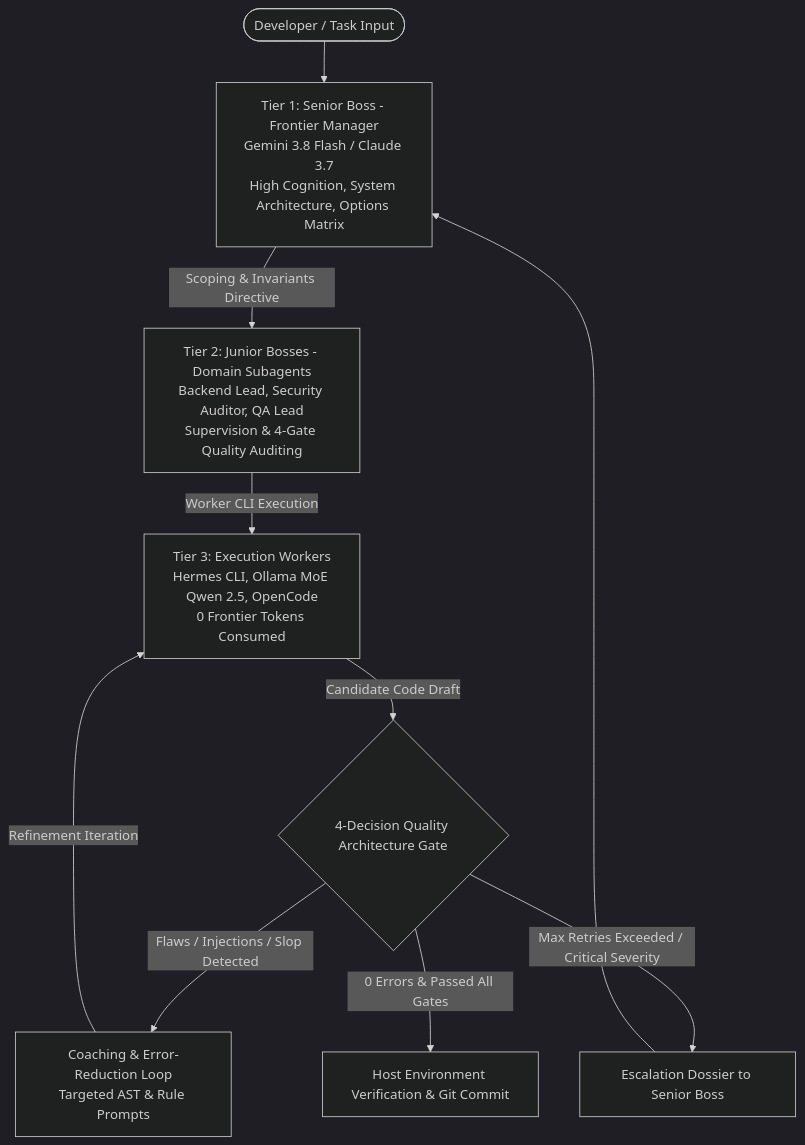
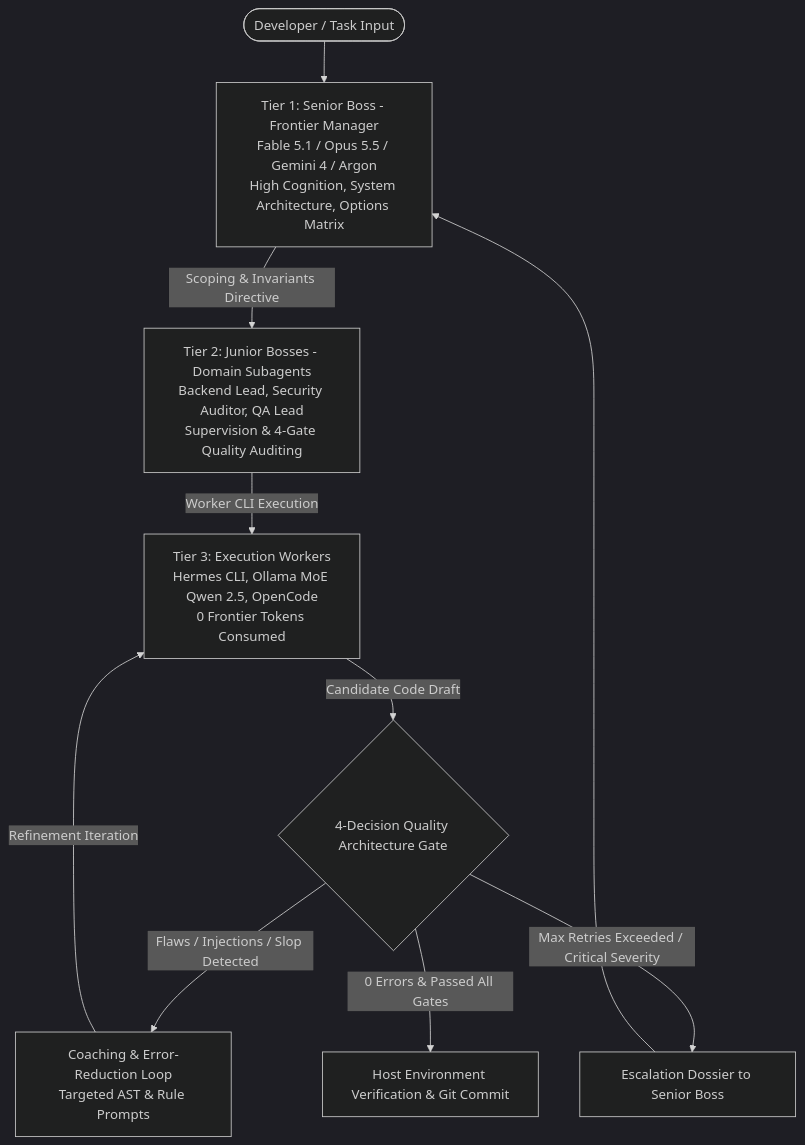
Before and after one commit to PG300604/aegis-brain: the second of 6 diagrams in docs/BENCHMARKS.md, drawn with Mermaid (dark theme). The commit also changed other lines of this file and 11 other files, not shown here.

````diff
--- a/docs/BENCHMARKS.md
+++ b/docs/BENCHMARKS.md
@@ -37,18 +37,18 @@
 ```mermaid
 flowchart TD
-    User([Developer / Task Input]) --> T1[Tier 1: Senior Boss - Frontier Manager<br/>Gemini 3.8 Flash / Claude 3.7<br/>High Cognition, System Architecture, Options Matrix]
+    User([Developer / Task Input]) --> T1[Tier 1: Senior Boss - Frontier Manager<br/>Fable 5.1 / Opus 5.5 / Gemini 4 / Argon<br/>High Cognition, System Architecture, Options Matrix]
     
     T1 -->|Scoping & Invariants Directive| T2[Tier 2: Junior Bosses - Domain Subagents<br/>Backend Lead, Security Auditor, QA Lead<br/>Supervision & 4-Gate Quality Auditing]
     
     T2 -->|Worker CLI Execution| T3[Tier 3: Execution Workers<br/>Hermes CLI, Ollama MoE Qwen 2.5, OpenCode<br/>0 Frontier Tokens Consumed]
     
     T3 -->|Candidate Code Draft| QG{4-Decision Quality Architecture Gate}
     
     QG -->|Flaws / Injections / Slop Detected| Coaching[Coaching & Error-Reduction Loop<br/>Targeted AST & Rule Prompts]
     Coaching -->|Refinement Iteration| T3
     
     QG -->|Max Retries Exceeded / Critical Severity| Escalation[Escalation Dossier to Senior Boss]
     Escalation --> T1
     
     QG -->|0 Errors & Passed All Gates| Host[Host Environment Verification & Git Commit]
 ```
````
